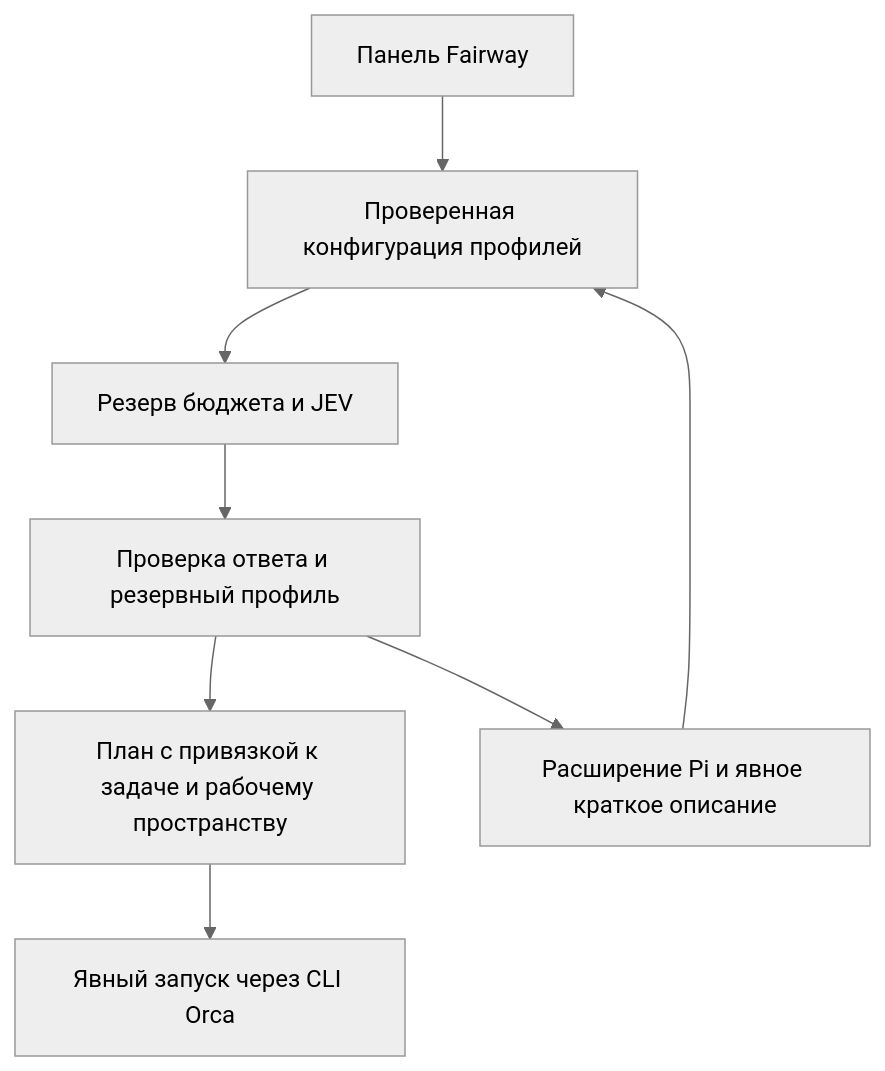
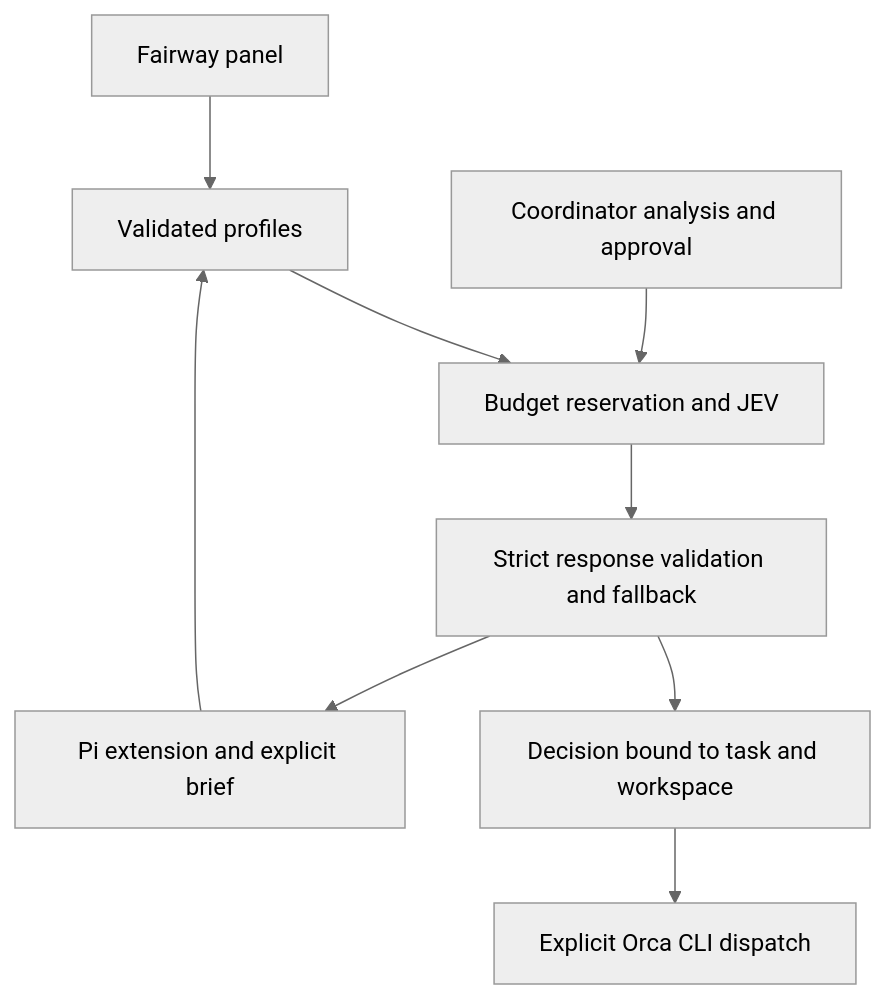
One commit to spscream/orca-fairway changed the diagram in docs/architecture.md. Above: the diagram before and after it, drawn with Mermaid (neutral theme). The commit also changed other lines of this file and 18 other files, not shown here.

````diff
--- a/docs/architecture.md
+++ b/docs/architecture.md
@@ -5,10 +5,11 @@
 ```mermaid
 flowchart TD
-  A[Панель Fairway] --> B[Проверенная конфигурация профилей]
-  B --> C[Резерв бюджета и JEV]
-  C --> D[Проверка ответа и резервный профиль]
-  D --> E[План с привязкой к задаче и рабочему пространству]
-  E --> F[Явный запуск через CLI Orca]
-  P[Расширение Pi и явное краткое описание] --> B
+  A[Fairway panel] --> B[Validated profiles]
+  B --> C[Budget reservation and JEV]
+  C --> D[Strict response validation and fallback]
+  D --> E[Decision bound to task and workspace]
+  E --> F[Explicit Orca CLI dispatch]
+  P[Pi extension and explicit brief] --> B
   D --> P
+  W[Coordinator analysis and approval] --> C
 ```
````
